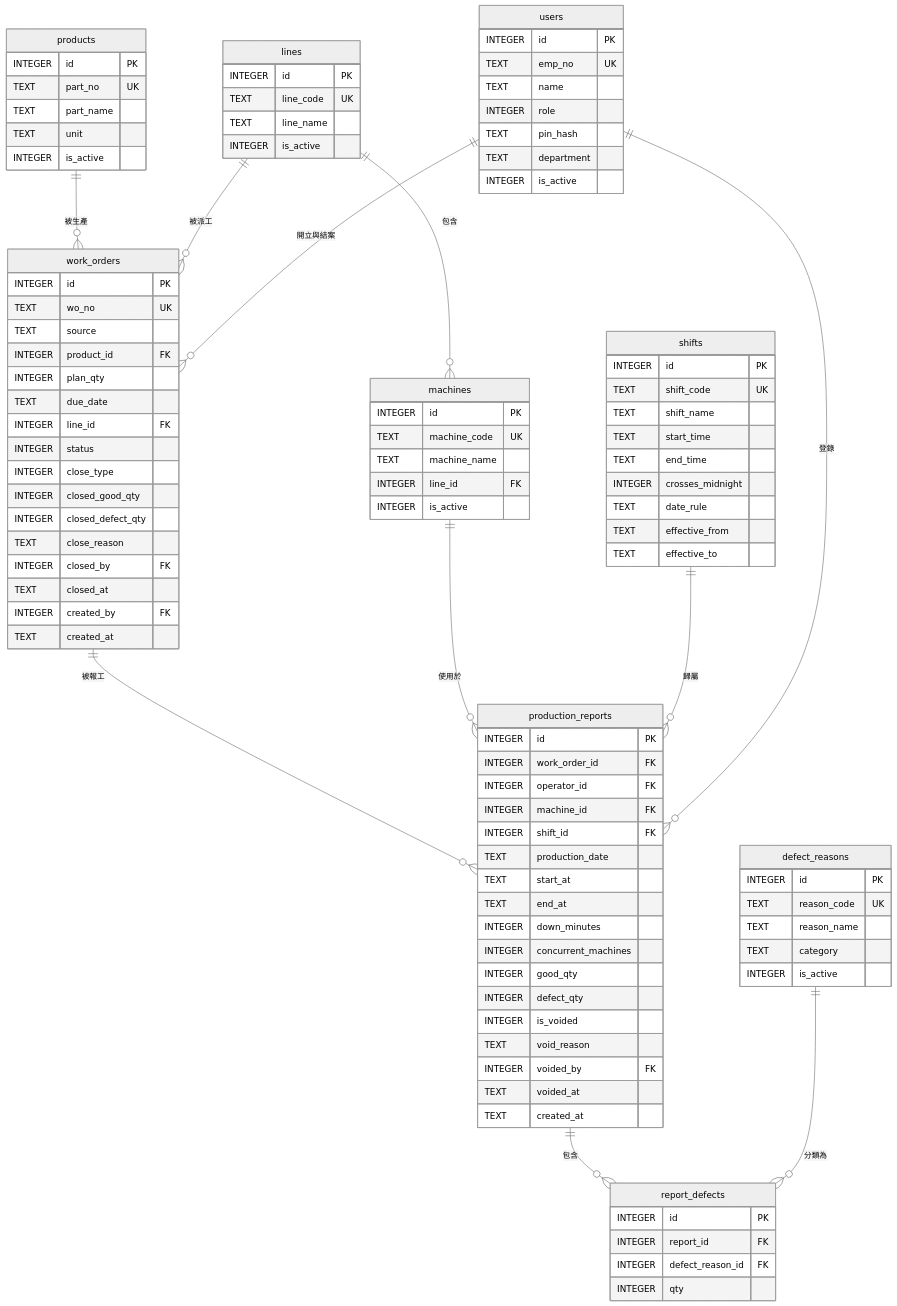
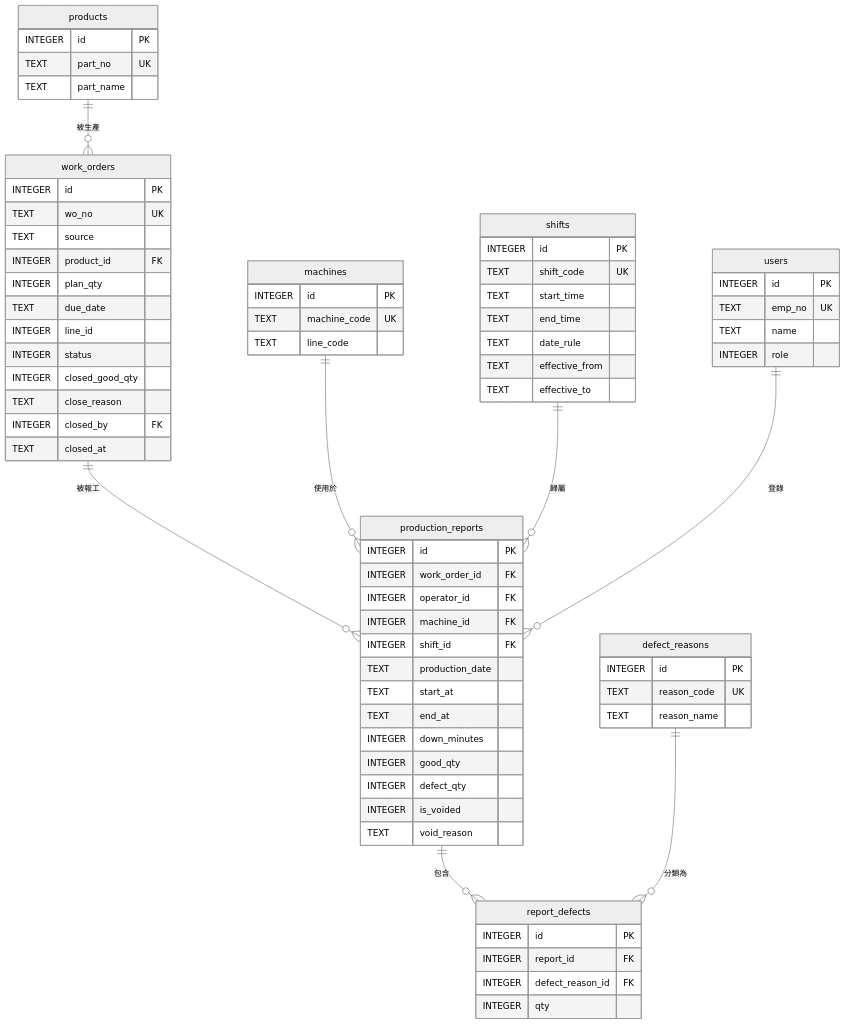
One commit to billy1125/system-analysis-and-design changed the seventh of 8 diagrams in 03-example-reports/Design-Phase-Sample-Report.md. Above: the diagram before and after it, drawn with Mermaid (neutral theme). The commit also changed other lines of this file and 1 other file, not shown here.

````diff
--- a/03-example-reports/Design-Phase-Sample-Report.md
+++ b/03-example-reports/Design-Phase-Sample-Report.md
@@ -775,13 +524,10 @@
 ```mermaid
 erDiagram
     products ||--o{ work_orders : "被生產"
-    lines ||--o{ work_orders : "被派工"
-    lines ||--o{ machines : "包含"
     work_orders ||--o{ production_reports : "被報工"
     machines ||--o{ production_reports : "使用於"
     shifts ||--o{ production_reports : "歸屬"
     users ||--o{ production_reports : "登錄"
-    users ||--o{ work_orders : "開立與結案"
     production_reports ||--o{ report_defects : "包含"
     defect_reasons ||--o{ report_defects : "分類為"
 
@@ -792,16 +538,12 @@
         INTEGER product_id FK
         INTEGER plan_qty
         TEXT due_date
-        INTEGER line_id FK
+        INTEGER line_id
         INTEGER status
-        INTEGER close_type
         INTEGER closed_good_qty
-        INTEGER closed_defect_qty
         TEXT close_reason
         INTEGER closed_by FK
         TEXT closed_at
-        INTEGER created_by FK
-        TEXT created_at
     }
     production_reports {
         INTEGER id PK
@@ -813,14 +555,10 @@
         TEXT start_at
         TEXT end_at
         INTEGER down_minutes
-        INTEGER concurrent_machines
         INTEGER good_qty
         INTEGER defect_qty
         INTEGER is_voided
         TEXT void_reason
-        INTEGER voided_by FK
-        TEXT voided_at
-        TEXT created_at
     }
     report_defects {
         INTEGER id PK
@@ -828,51 +566,34 @@
         INTEGER defect_reason_id FK
         INTEGER qty
     }
+    shifts {
+        INTEGER id PK
+        TEXT shift_code UK
+        TEXT start_time
+        TEXT end_time
+        TEXT date_rule
+        TEXT effective_from
+        TEXT effective_to
+    }
     products {
         INTEGER id PK
         TEXT part_no UK
         TEXT part_name
-        TEXT unit
-        INTEGER is_active
-    }
-    lines {
-        INTEGER id PK
-        TEXT line_code UK
-        TEXT line_name
-        INTEGER is_active
     }
     machines {
         INTEGER id PK
         TEXT machine_code UK
-        TEXT machine_name
-        INTEGER line_id FK
-        INTEGER is_active
-    }
-    shifts {
-        INTEGER id PK
-        TEXT shift_code UK
-        TEXT shift_name
-        TEXT start_time
-        TEXT end_time
-        INTEGER crosses_midnight
-        TEXT date_rule
-        TEXT effective_from
-        TEXT effective_to
-    }
-    defect_reasons {
-        INTEGER id PK
-        TEXT reason_code UK
-        TEXT reason_name
-        TEXT category
-        INTEGER is_active
+        TEXT line_code
     }
     users {
         INTEGER id PK
         TEXT emp_no UK
         TEXT name
         INTEGER role
-        TEXT pin_hash
-        TEXT department
-        INTEGER is_active
+    }
+    defect_reasons {
+        INTEGER id PK
+        TEXT reason_code UK
+        TEXT reason_name
     }
 ```
````
